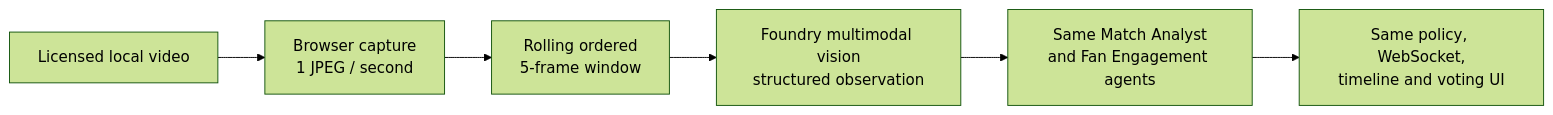
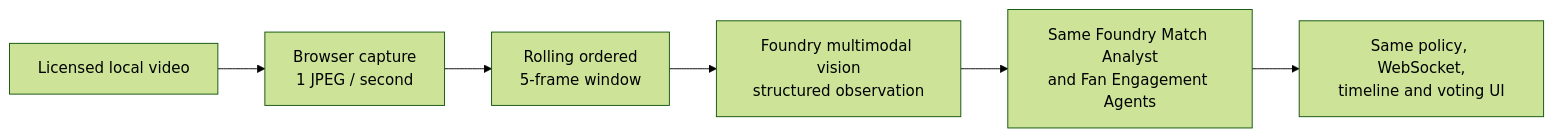
Before and after one commit to rriviere/fanpulse: the fourth of 4 diagrams in README.md, drawn with Mermaid (forest theme). The commit also changed other lines of this file, not shown here.

Commit message:
docs: identify Foundry agents in architecture diagrams

````diff
--- a/README.md
+++ b/README.md
@@ -253,8 +253,8 @@
 ```mermaid
 flowchart LR
     VIDEO["Licensed local video"] --> CAPTURE["Browser capture<br/>1 JPEG / second"]
     CAPTURE --> WINDOW["Rolling ordered<br/>5-frame window"]
     WINDOW --> VISION["Foundry multimodal vision<br/>structured observation"]
-    VISION --> AGENTS["Same Match Analyst<br/>and Fan Engagement agents"]
+    VISION --> AGENTS["Same Foundry Match Analyst<br/>and Fan Engagement Agents"]
     AGENTS --> UI["Same policy, WebSocket,<br/>timeline and voting UI"]
 ```
````
